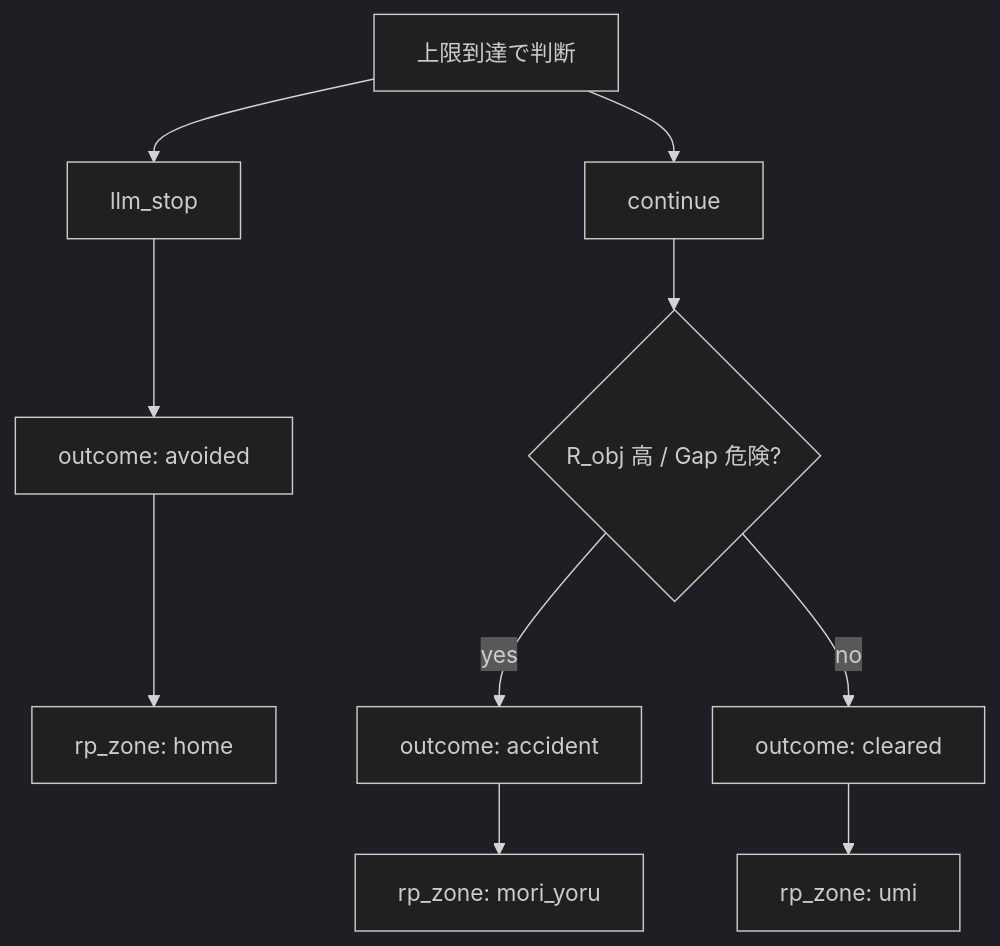
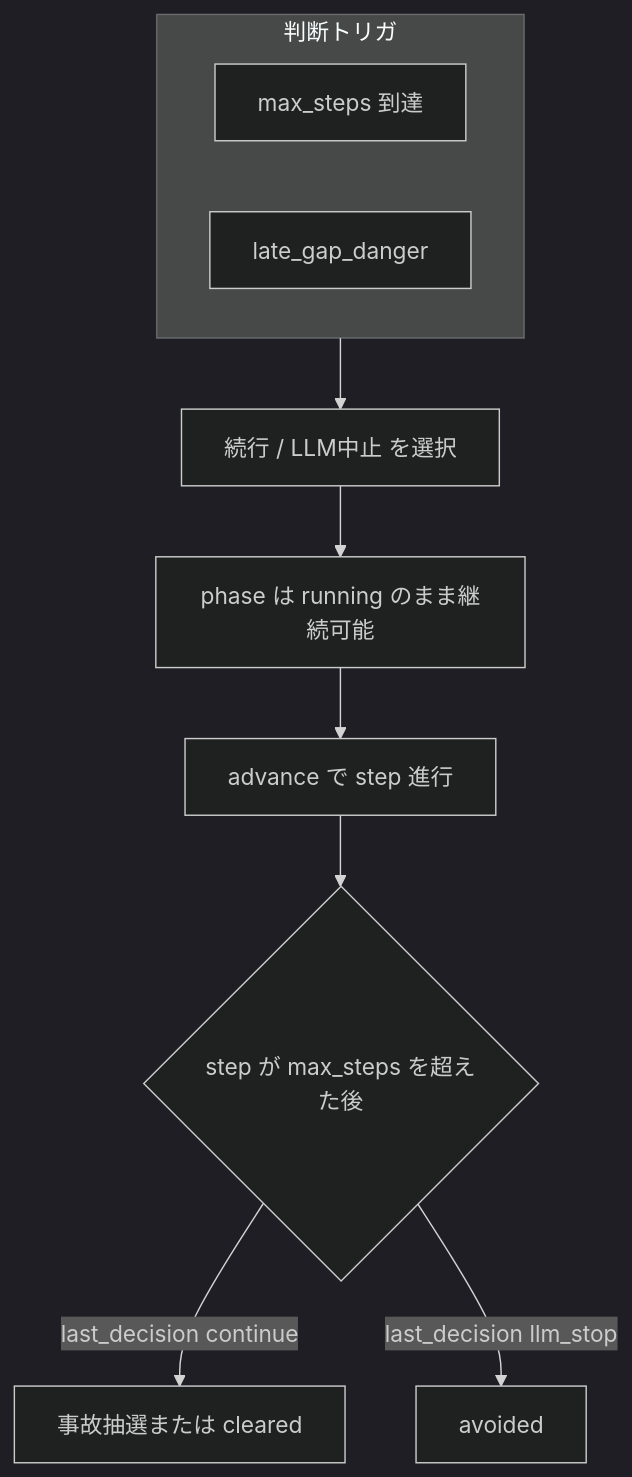
The second of 2 diagrams in docs/design/rp_simulation.md (takedashunsuke/risk-gap-llm-decision), drawn with Mermaid (dark theme) before and after one commit. The commit also changed other lines of this file and 15 other files, not shown here.

````diff
--- a/docs/design/rp_simulation.md
+++ b/docs/design/rp_simulation.md
@@ -40,12 +59,13 @@
 ```mermaid
 flowchart TD
-  D[上限到達で判断] --> L[llm_stop]
-  D --> C[continue]
-  L --> H[outcome: avoided]
-  H --> Z1[rp_zone: home]
-  C --> Q{R_obj 高 / Gap 危険?}
-  Q -->|yes| A1[outcome: accident]
-  A1 --> Z2[rp_zone: mori_yoru]
-  Q -->|no| G[outcome: cleared]
-  G --> Z3[rp_zone: umi]
+  subgraph T[判断トリガ]
+    A[max_steps 到達]
+    B[late_gap_danger]
+  end
+  T --> C[続行 / LLM中止 を選択]
+  C --> D[phase は running のまま継続可能]
+  D --> E[advance で step 進行]
+  E --> F{step が max_steps を超えた後}
+  F -->|last_decision continue| G[事故抽選または cleared]
+  F -->|last_decision llm_stop| H[avoided]
 ```
````
